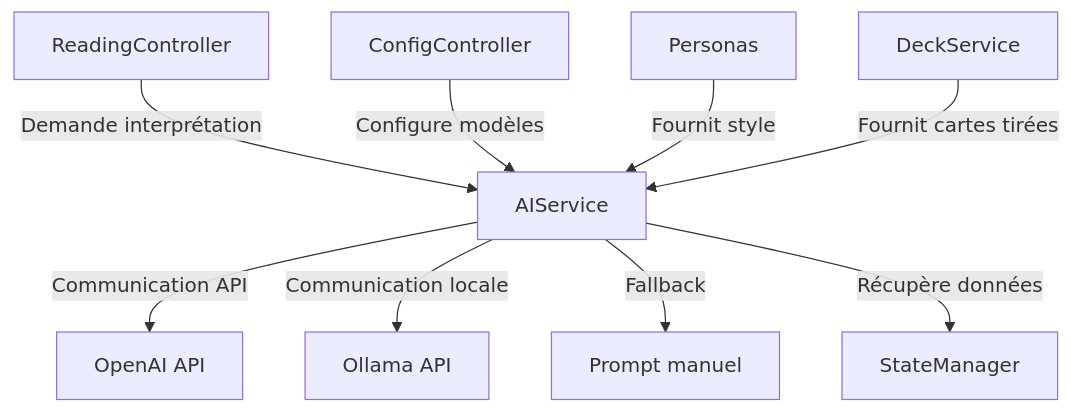
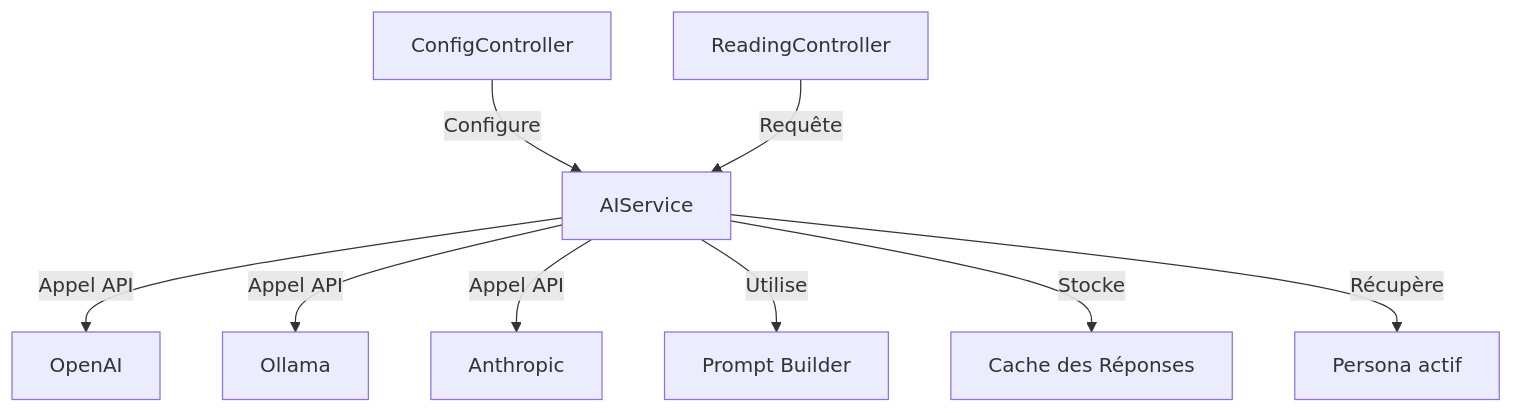
One commit to habib256/jodotarot changed the diagram in docs/composants/integration-ia.md. Above: the diagram before and after it, drawn with Mermaid. The commit also changed other lines of this file and 10 other files, not shown here.

````diff
--- a/docs/composants/integration-ia.md
+++ b/docs/composants/integration-ia.md
@@ -9,11 +9,11 @@
 ```mermaid
 graph TD
-    A[ReadingController] -->|Demande interprétation| B[AIService]
-    B -->|Communication API| C[OpenAI API]
-    B -->|Communication locale| D[Ollama API]
-    B -->|Fallback| E[Prompt manuel]
-    B -->|Récupère données| F[StateManager]
-    G[ConfigController] -->|Configure modèles| B
-    H[Personas] -->|Fournit style| B
-    I[DeckService] -->|Fournit cartes tirées| B
+    A[AIService] -->|Appel API| B[OpenAI]
+    A -->|Appel API| C[Ollama]
+    A -->|Appel API| D[Anthropic]
+    A -->|Utilise| E[Prompt Builder]
+    F[ConfigController] -->|Configure| A
+    A -->|Stocke| G[Cache des Réponses]
+    H[ReadingController] -->|Requête| A
+    A -->|Récupère| I[Persona actif]
 ```
````
